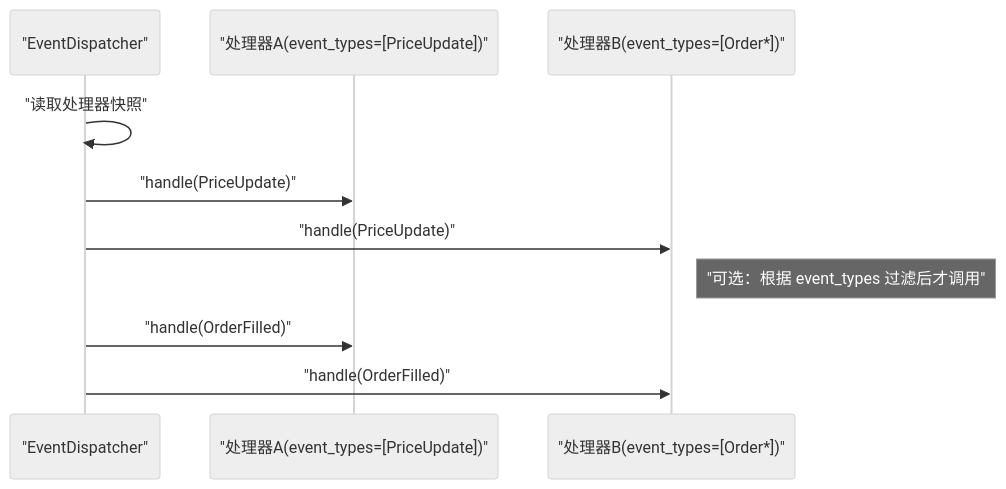
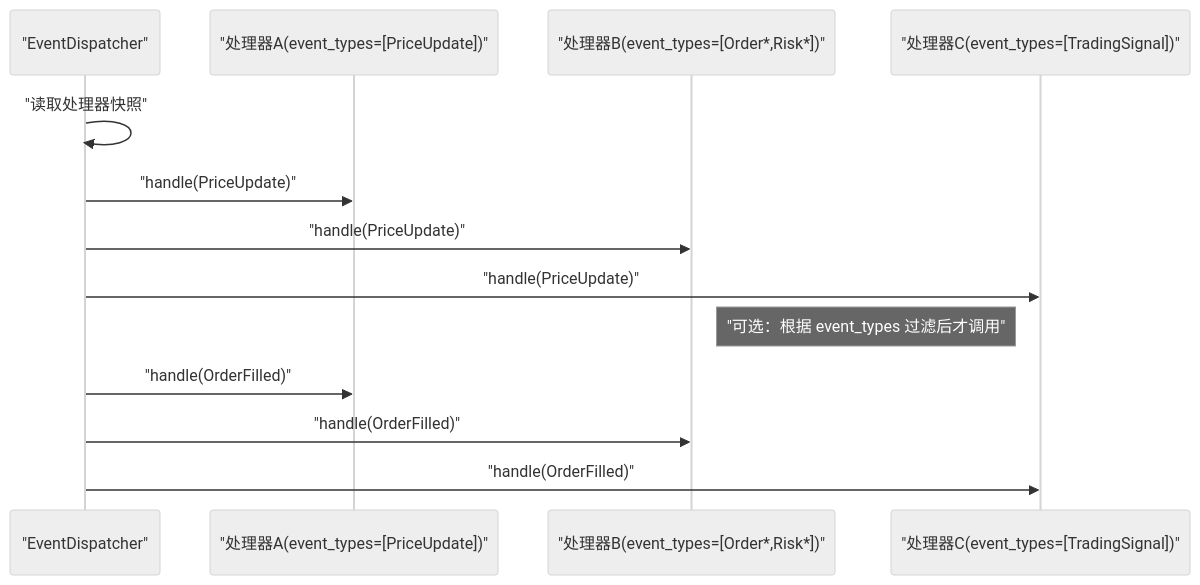
Before and after one commit to Heres1/binanceWebsocket: the fifth of 12 diagrams in .qoder/repowiki/zh/content/架构设计/事件驱动架构.md, drawn with Mermaid (neutral theme). The commit also changed other lines of this file and 14 other files, not shown here.

````diff
--- a/.qoder/repowiki/zh/content/架构设计/事件驱动架构.md
+++ b/.qoder/repowiki/zh/content/架构设计/事件驱动架构.md
@@ -254,12 +319,15 @@
 ```mermaid
 sequenceDiagram
 participant Disp as "EventDispatcher"
 participant H1 as "处理器A(event_types=[PriceUpdate])"
-participant H2 as "处理器B(event_types=[Order*])"
+participant H2 as "处理器B(event_types=[Order*,Risk*])"
+participant H3 as "处理器C(event_types=[TradingSignal])"
 Disp->>Disp : "读取处理器快照"
 Disp->>H1 : "handle(PriceUpdate)"
 Disp->>H2 : "handle(PriceUpdate)"
+Disp->>H3 : "handle(PriceUpdate)"
 Note right of H2 : "可选：根据 event_types 过滤后才调用"
 Disp->>H1 : "handle(OrderFilled)"
 Disp->>H2 : "handle(OrderFilled)"
+Disp->>H3 : "handle(OrderFilled)"
 ```
````
